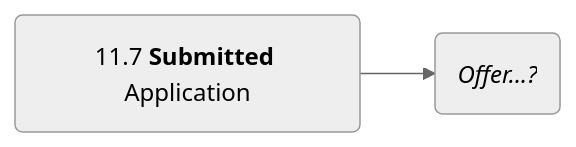
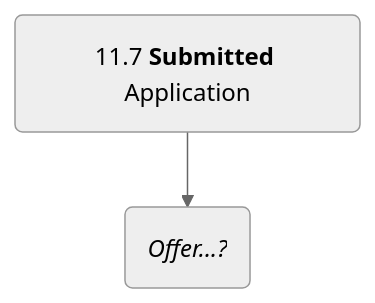
Before and after one commit to Revive-dontwanttocode/Revive-dontwanttocode.github.io: the second of 13 diagrams in _posts/2023-12-15-24Fall申请记录.md, drawn with Mermaid (neutral theme). The commit also changed other lines of this file and 1 other file, not shown here.

````diff
--- a/_posts/2023-12-15-24Fall申请记录.md
+++ b/_posts/2023-12-15-24Fall申请记录.md
@@ -87,6 +87,6 @@
 ```mermaid
-flowchart LR
+flowchart 
     Stage1("`11.7 **Submitted** Application`")
     Stage2("`*Offer...?*`")
     Stage1 --> Stage2
 ```
````
